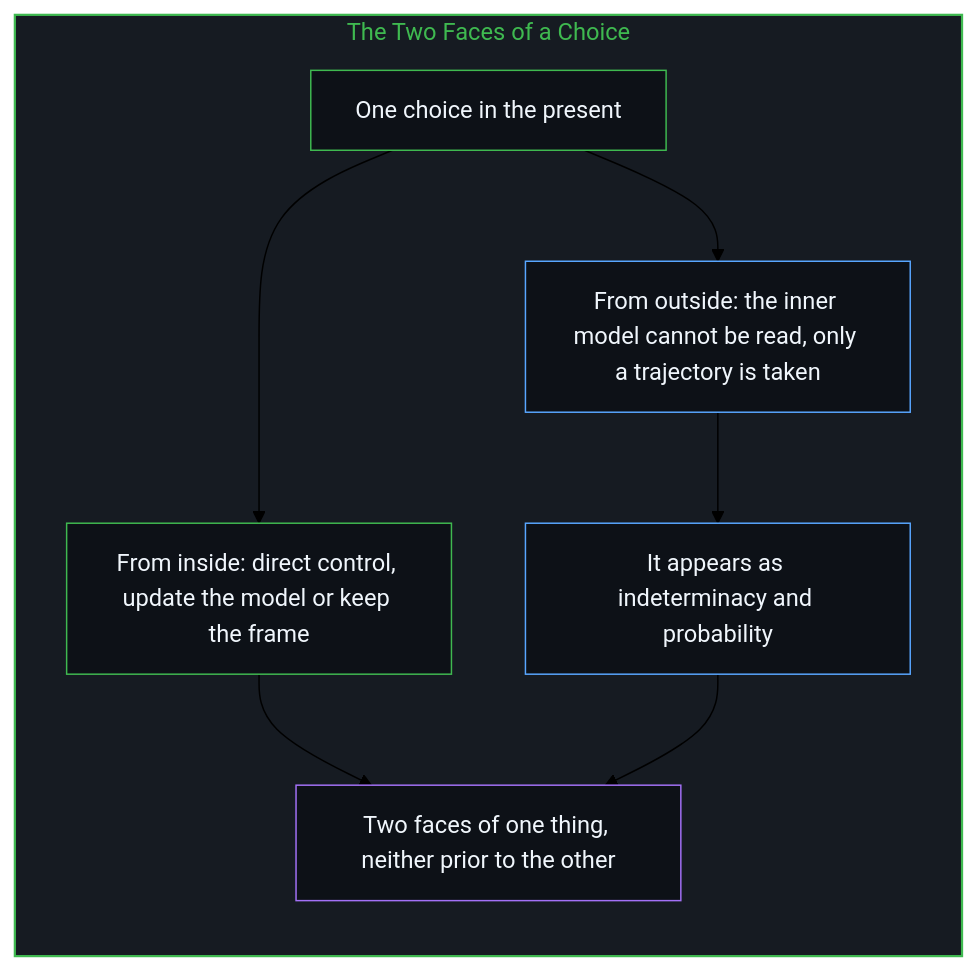
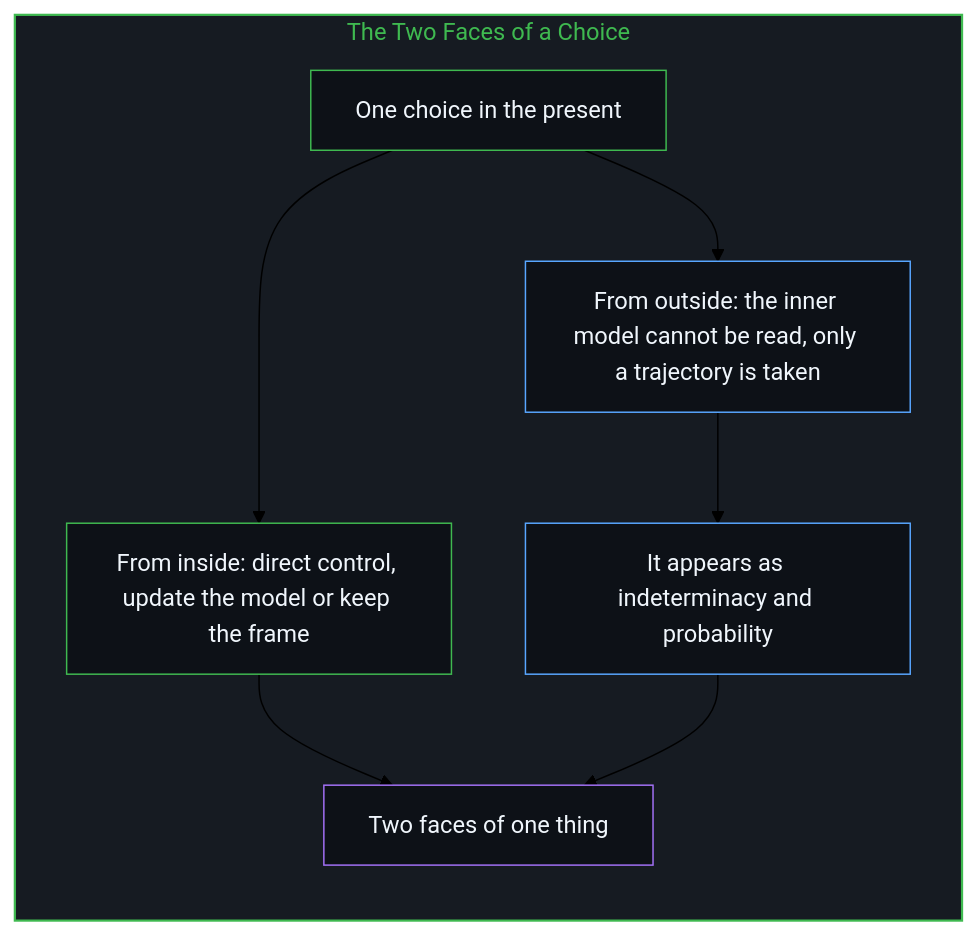
The second of 12 diagrams in content/posts/the-two-sided-nature-of-sovereign-choice-and-the-objectification-of-observation.md (powerpig99/not-a-toe), drawn with Mermaid (forest theme) before and after one commit. The commit also changed other lines of this file and 2 other files, not shown here.

Commit message:
the-two-sided-nature-of-sovereign-choice: the Mind injects the free variable, observed as indeterminacy; two faces without ruling on order

````diff
--- a/content/posts/the-two-sided-nature-of-sovereign-choice-and-the-objectification-of-observation.md
+++ b/content/posts/the-two-sided-nature-of-sovereign-choice-and-the-objectification-of-observation.md
@@ -47,23 +47,23 @@
 ```mermaid
 flowchart TD
     subgraph S_Faces["The Two Faces of a Choice"]
         direction TB
         Choice["One choice in the present"]
         Inner["From inside: direct control, update the model or keep the frame"]
         Outer["From outside: the inner model cannot be read, only a trajectory is taken"]
         Indet["It appears as indeterminacy and probability"]
-        Same["Two faces of one thing, neither prior to the other"]
+        Same["Two faces of one thing"]
         Choice --> Inner
         Choice --> Outer
         Outer --> Indet
         Inner --> Same
         Indet --> Same
     end
 
     style S_Faces fill:#161b22,stroke:#3fb950,stroke-width:1.5px,color:#3fb950
     style Choice fill:#0d1117,stroke:#3fb950,stroke-width:1px,color:#f0f6fc
     style Inner fill:#0d1117,stroke:#3fb950,stroke-width:1px,color:#f0f6fc
     style Outer fill:#0d1117,stroke:#58a6ff,stroke-width:1px,color:#f0f6fc
     style Indet fill:#0d1117,stroke:#58a6ff,stroke-width:1px,color:#f0f6fc
     style Same fill:#0d1117,stroke:#a371f7,stroke-width:1px,color:#f0f6fc
 ```
````
